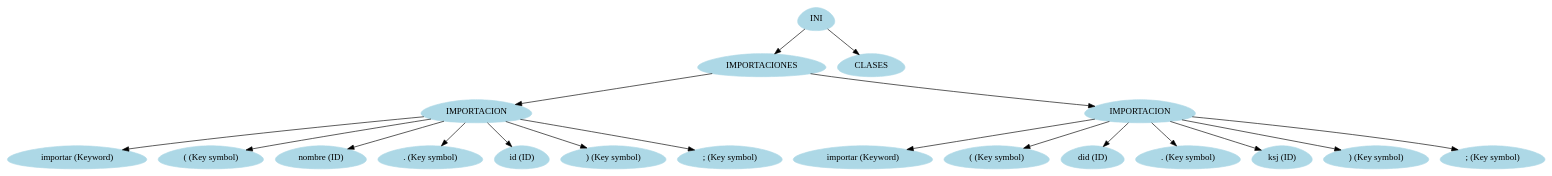
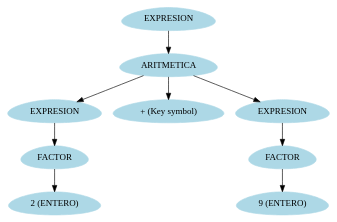
Before and after one commit to Losajhonny/CPPOLC2: the diagram in [OLC2]Proyecto1/Leng_1x_form/Xform/Xform/bin/Debug/arbolAst.dot, drawn with Graphviz. The commit also changed 13 other files, not shown here.

```diff
--- a/[OLC2]Proyecto1/Leng_1x_form/Xform/Xform/bin/Debug/arbolAst.dot
+++ b/[OLC2]Proyecto1/Leng_1x_form/Xform/Xform/bin/Debug/arbolAst.dot
@@ -1,40 +1,20 @@
 digraph grafo{
 node [shape = egg];
-43148459[label="INI", style = filled, color = lightblue];
-24256360[label="IMPORTACIONES", style = filled, color = lightblue];
-43148459->24256360;
-54986669[label="IMPORTACION", style = filled, color = lightblue];
-24256360->54986669;
-39860949[label="importar (Keyword)", style = filled, color = lightblue];
-54986669->39860949;
-23686174[label="( (Key symbol)", style = filled, color = lightblue];
-54986669->23686174;
-31609076[label="nombre (ID)", style = filled, color = lightblue];
-54986669->31609076;
-20903718[label=". (Key symbol)", style = filled, color = lightblue];
-54986669->20903718;
-51746094[label="id (ID)", style = filled, color = lightblue];
-54986669->51746094;
-41215084[label=") (Key symbol)", style = filled, color = lightblue];
-54986669->41215084;
-12096874[label="; (Key symbol)", style = filled, color = lightblue];
-54986669->12096874;
-26209817[label="IMPORTACION", style = filled, color = lightblue];
-24256360->26209817;
-860689[label="importar (Keyword)", style = filled, color = lightblue];
-26209817->860689;
-35288276[label="( (Key symbol)", style = filled, color = lightblue];
-26209817->35288276;
-37533195[label="did (ID)", style = filled, color = lightblue];
-26209817->37533195;
-62465990[label=". (Key symbol)", style = filled, color = lightblue];
-26209817->62465990;
-10968766[label="ksj (ID)", style = filled, color = lightblue];
-26209817->10968766;
-47066262[label=") (Key symbol)", style = filled, color = lightblue];
-26209817->47066262;
-50668565[label="; (Key symbol)", style = filled, color = lightblue];
-26209817->50668565;
-64145261[label="CLASES", style = filled, color = lightblue];
-43148459->64145261;
+63238509[label="EXPRESION", style = filled, color = lightblue];
+11679222[label="ARITMETICA", style = filled, color = lightblue];
+63238509->11679222;
+35410979[label="EXPRESION", style = filled, color = lightblue];
+11679222->35410979;
+57416410[label="FACTOR", style = filled, color = lightblue];
+35410979->57416410;
+61940669[label="2 (ENTERO)", style = filled, color = lightblue];
+57416410->61940669;
+15193904[label="+ (Key symbol)", style = filled, color = lightblue];
+11679222->15193904;
+6303833[label="EXPRESION", style = filled, color = lightblue];
+11679222->6303833;
+40452378[label="FACTOR", style = filled, color = lightblue];
+6303833->40452378;
+36009496[label="9 (ENTERO)", style = filled, color = lightblue];
+40452378->36009496;
 }
```
